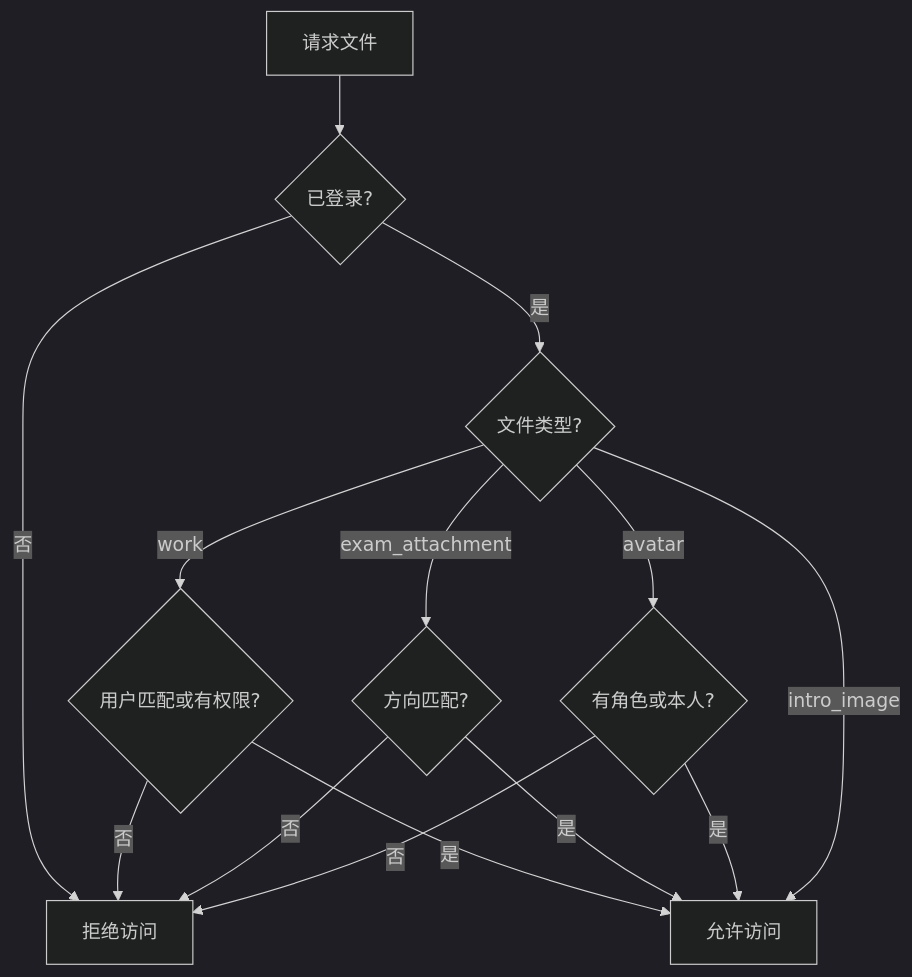
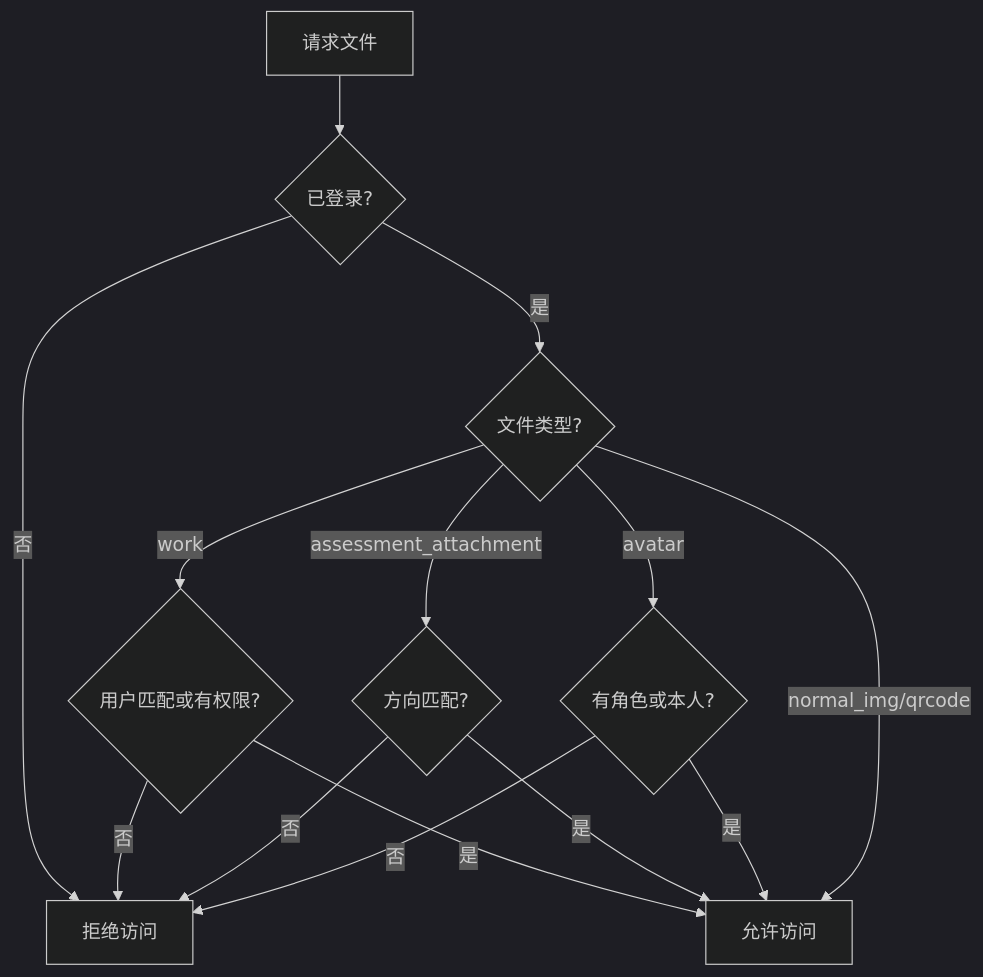
Before and after one commit to Blue-Net-Team/official-web2: the third of 4 diagrams in docs/后端开发手册.md, drawn with Mermaid (dark theme). The commit also changed other lines of this file and 1 other file, not shown here.

````diff
--- a/docs/后端开发手册.md
+++ b/docs/后端开发手册.md
@@ -261,20 +313,20 @@
 ```mermaid
 flowchart TD
     A[请求文件] --> B{已登录?}
     B -->|否| C[拒绝访问]
     B -->|是| D{文件类型?}
     
     D -->|work| E{用户匹配或有权限?}
     E -->|是| F[允许访问]
     E -->|否| C
     
-    D -->|exam_attachment| G{方向匹配?}
+    D -->|assessment_attachment| G{方向匹配?}
     G -->|是| F
     G -->|否| C
     
     D -->|avatar| H{有角色或本人?}
     H -->|是| F
     H -->|否| C
     
-    D -->|intro_image| F
+    D -->|normal_img/qrcode| F
 ```
````
